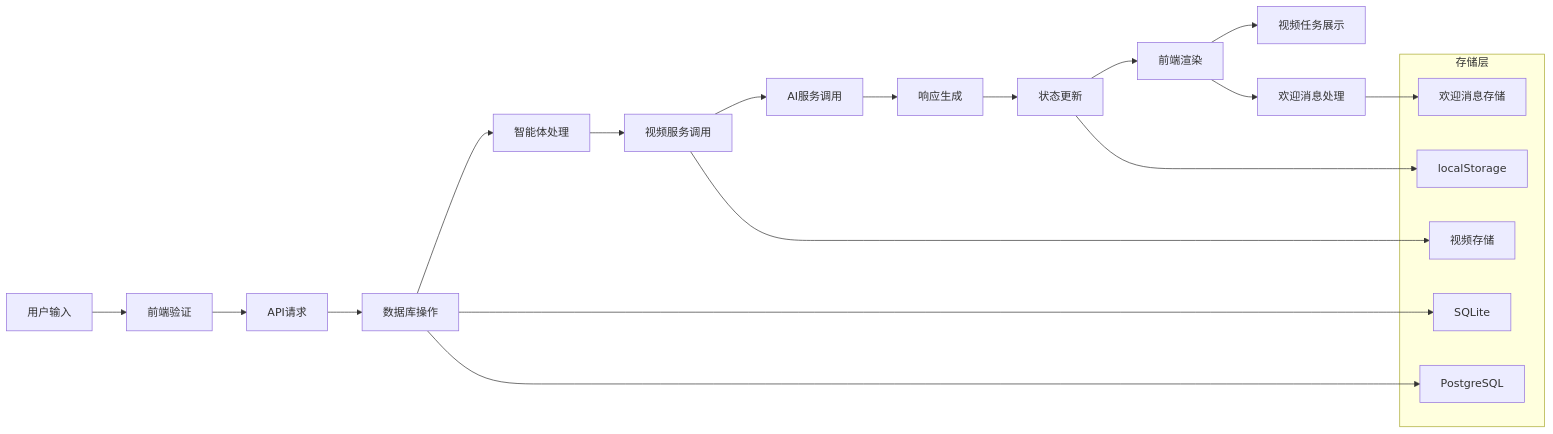
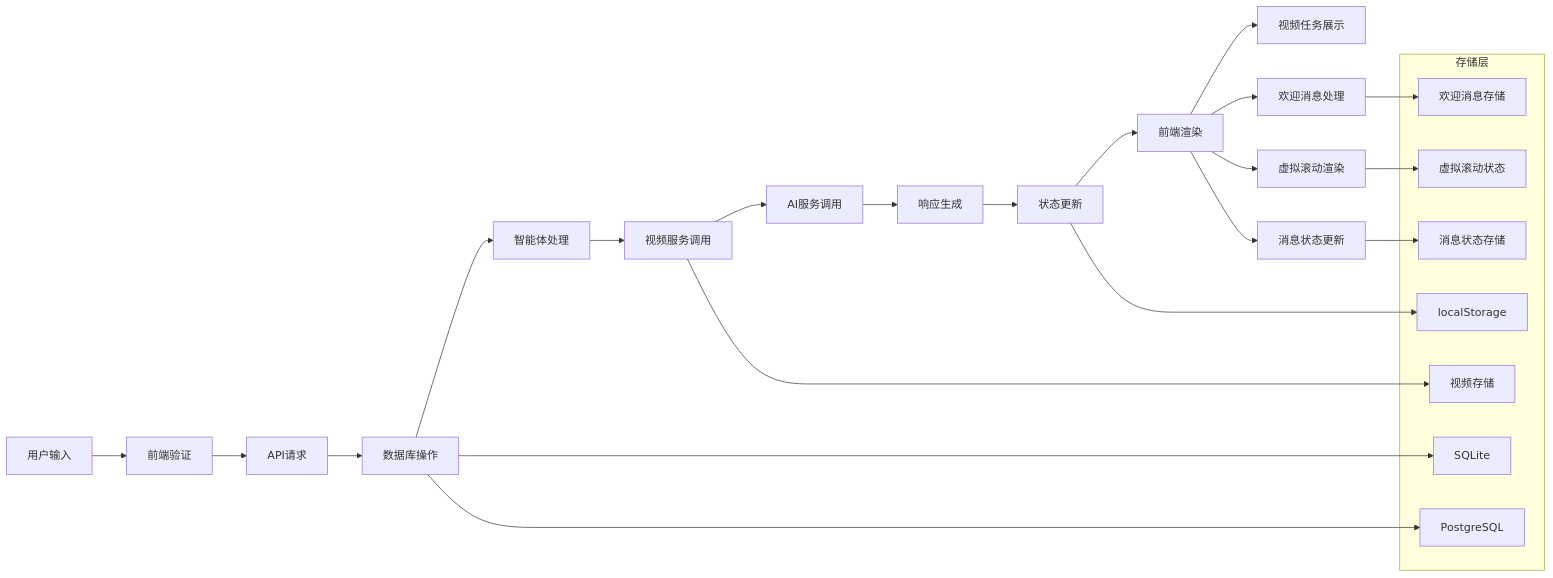
One commit to KunLabAI/KunFlix changed diagram 26 of 26 in .qoder/repowiki/zh/content/前端应用架构/状态管理/Zustand Store 设计/增强的AI助手存储.md. Above: the diagram before and after it, drawn with Mermaid. The commit also changed other lines of this file and 22 other files, not shown here.

````diff
--- a/.qoder/repowiki/zh/content/前端应用架构/状态管理/Zustand Store 设计/增强的AI助手存储.md
+++ b/.qoder/repowiki/zh/content/前端应用架构/状态管理/Zustand Store 设计/增强的AI助手存储.md
@@ -747,26 +949,32 @@
 ```mermaid
 flowchart LR
 A[用户输入] --> B[前端验证]
 B --> C[API请求]
 C --> D[数据库操作]
 D --> E[智能体处理]
 E --> F[视频服务调用]
 F --> G[AI服务调用]
 G --> H[响应生成]
 H --> I[状态更新]
 I --> J[前端渲染]
 J --> K[视频任务展示]
 J --> L[欢迎消息处理]
+J --> M[虚拟滚动渲染]
+J --> N[消息状态更新]
 subgraph "存储层"
-M[SQLite]
-N[PostgreSQL]
-O[localStorage]
-P[视频存储]
-Q[欢迎消息存储]
+O[SQLite]
+P[PostgreSQL]
+Q[localStorage]
+R[视频存储]
+S[欢迎消息存储]
+T[虚拟滚动状态]
+U[消息状态存储]
 end
-D --> M
-D --> N
-I --> O
-F --> P
-L --> Q
+D --> O
+D --> P
+I --> Q
+F --> R
+L --> S
+M --> T
+N --> U
 ```
````
